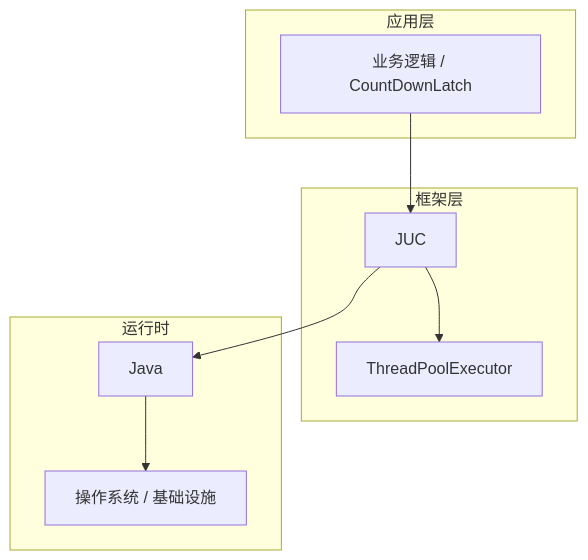
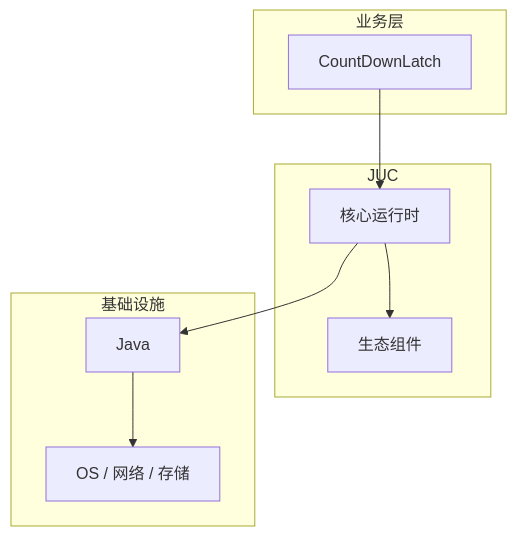
One commit to yanggan2015/knowledge-json-v2 changed the diagram in articles/Java并发/chapters/065-CountDownLatch核心概念与原理.md. Above: the diagram before and after it, drawn with Mermaid. The commit also changed other lines of this file and 10127 other files, not shown here.

````diff
--- a/articles/Java并发/chapters/065-CountDownLatch核心概念与原理.md
+++ b/articles/Java并发/chapters/065-CountDownLatch核心概念与原理.md
@@ -45,18 +34,18 @@
 ```mermaid
 graph TB
-    subgraph 应用层
-        A[业务逻辑 / CountDownLatch]
+    subgraph 业务层
+        A[CountDownLatch]
     end
-    subgraph 框架层
-        B[JUC]
-        C[ThreadPoolExecutor]
+    subgraph JUC
+        B[核心运行时]
+        C[生态组件]
     end
-    subgraph 运行时
+    subgraph 基础设施
         D[Java]
-        E[操作系统 / 基础设施]
+        E[OS / 网络 / 存储]
     end
     A --> B
     B --> C
     B --> D
     D --> E
 ```
````
